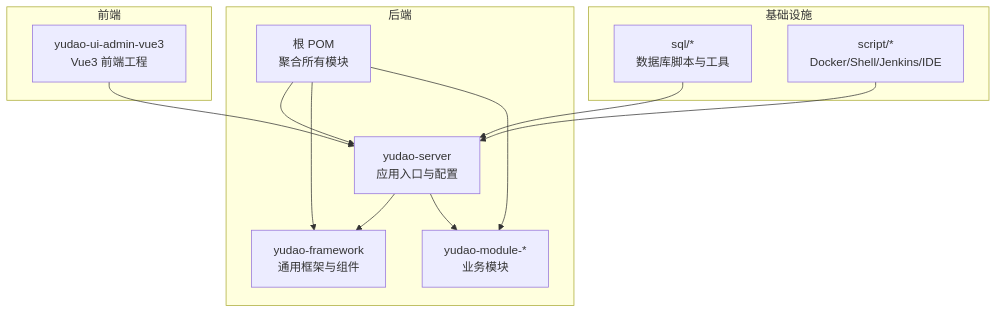
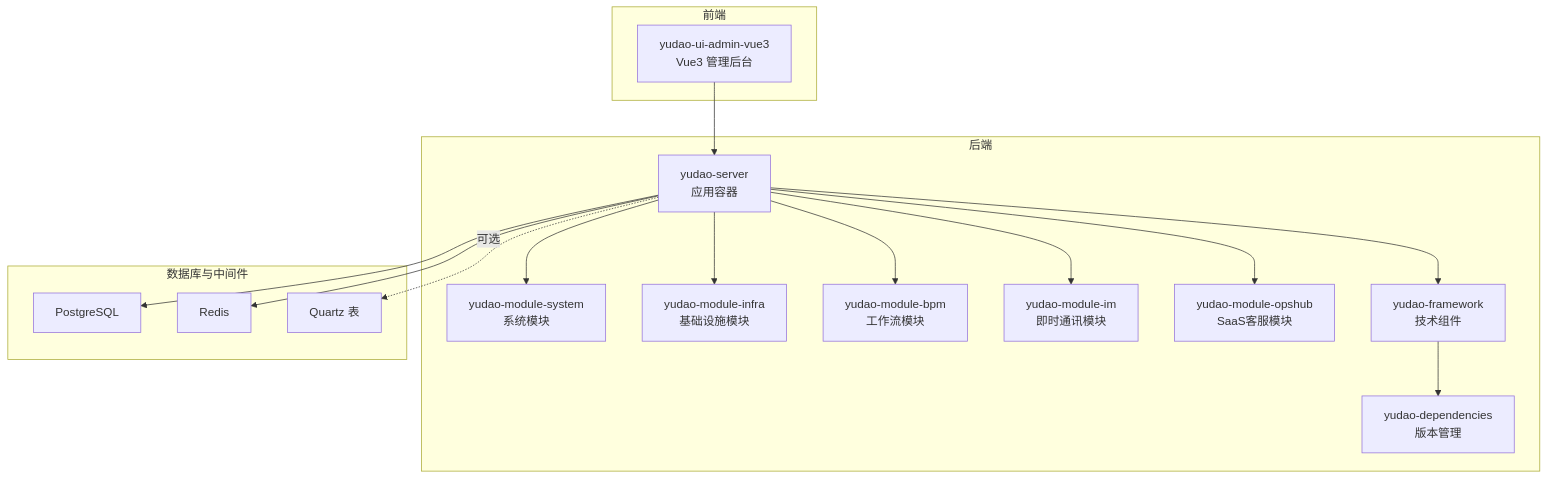
Before and after one commit to xiaoche80s-tech/rouyi-vue-pro: the first of 7 diagrams in .qoder/repowiki/zh/content/快速开始.md, drawn with Mermaid. The commit also changed other lines of this file and 840 other files, not shown here.

````diff
--- a/.qoder/repowiki/zh/content/快速开始.md
+++ b/.qoder/repowiki/zh/content/快速开始.md
@@ -73,24 +44,32 @@
 ```mermaid
 graph TB
 subgraph "后端"
-RootPom["根 POM<br/>聚合所有模块"]
-Server["yudao-server<br/>应用入口与配置"]
-Framework["yudao-framework<br/>通用框架与组件"]
-Modules["yudao-module-*<br/>业务模块"]
+S["yudao-server<br/>应用容器"]
+SYS["yudao-module-system<br/>系统模块"]
+INF["yudao-module-infra<br/>基础设施模块"]
+BPM["yudao-module-bpm<br/>工作流模块"]
+IM["yudao-module-im<br/>即时通讯模块"]
+OPS["yudao-module-opshub<br/>SaaS客服模块"]
+F["yudao-framework<br/>技术组件"]
+D["yudao-dependencies<br/>版本管理"]
 end
 subgraph "前端"
-UI["yudao-ui-admin-vue3<br/>Vue3 前端工程"]
+VUE["yudao-ui-admin-vue3<br/>Vue3 管理后台"]
 end
-subgraph "基础设施"
-SQL["sql/*<br/>数据库脚本与工具"]
-Script["script/*<br/>Docker/Shell/Jenkins/IDE"]
+subgraph "数据库与中间件"
+PG["PostgreSQL"]
+RD["Redis"]
+QZ["Quartz 表"]
 end
-RootPom --> Server
-RootPom --> Framework
-RootPom --> Modules
-Server --> Framework
-Server --> Modules
-UI --> Server
-SQL --> Server
-Script --> Server
+S --> SYS
+S --> INF
+S --> BPM
+S --> IM
+S --> OPS
+S --> F
+F --> D
+S --> PG
+S --> RD
+S -. 可选 .-> QZ
+VUE --> S
 ```
````
